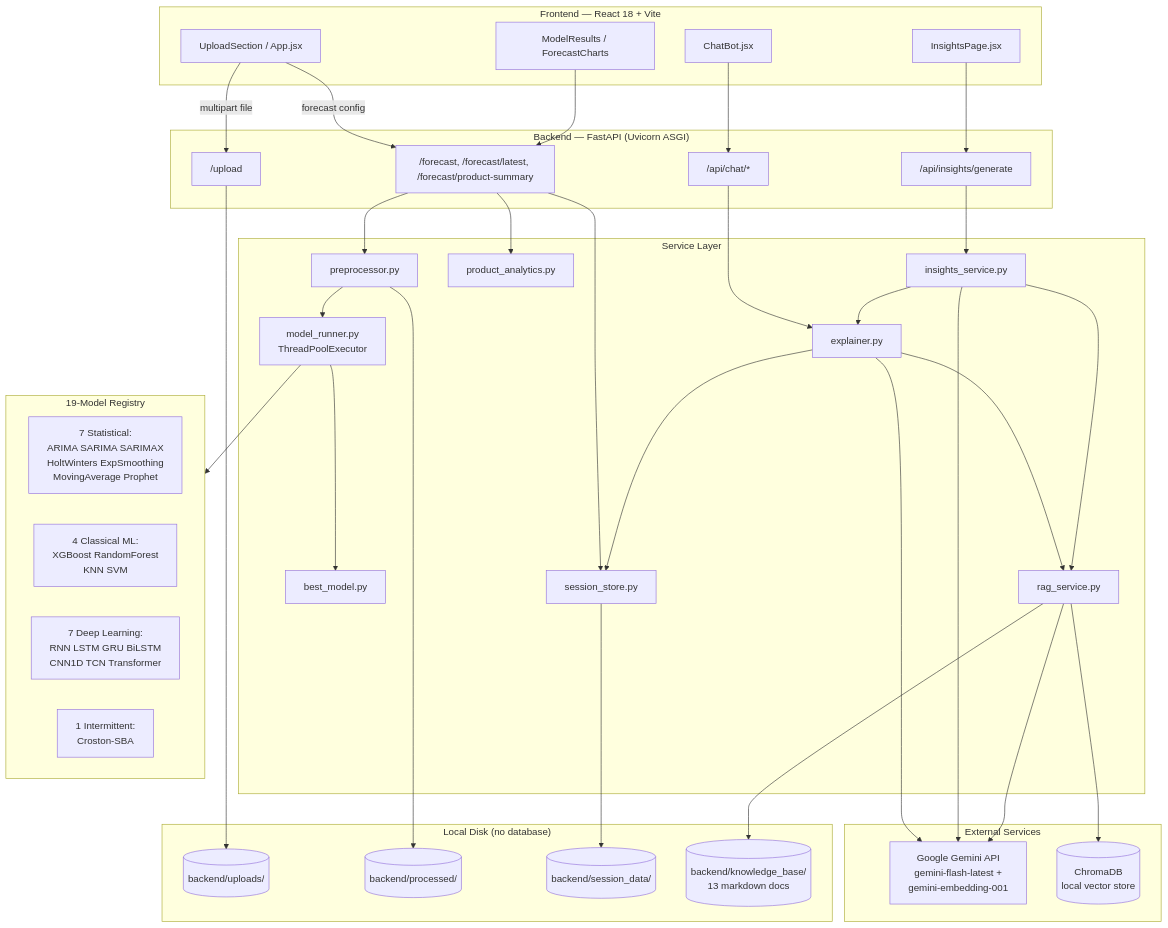
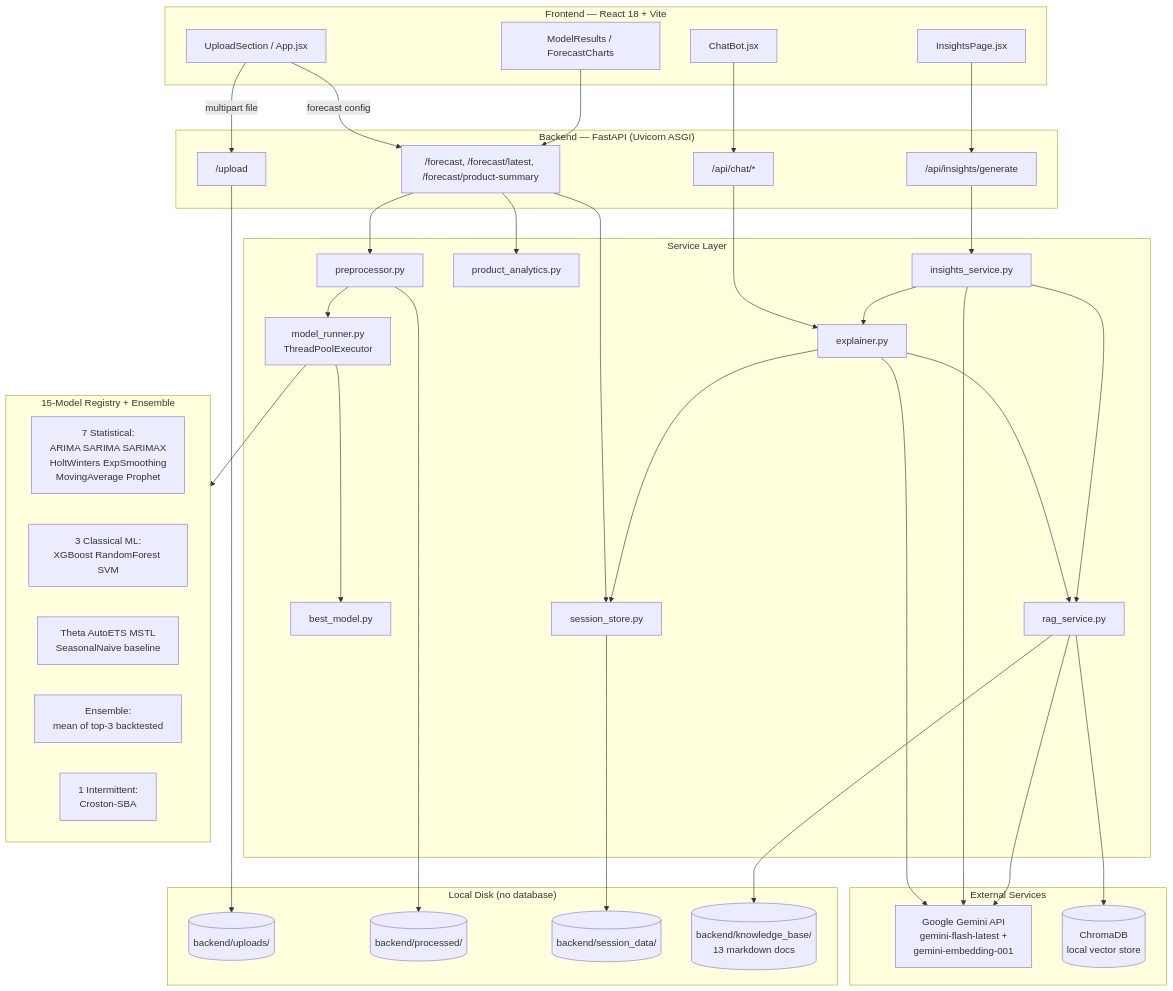
One commit to Ranjith-2005289/DemandSenceAi changed the first of 2 diagrams in README.md. Above: the diagram before and after it, drawn with Mermaid. The commit also changed other lines of this file and 41 other files, not shown here.

First line of the commit message:
v0.2: prune weak models, add Theta/AutoETS/MSTL/SeasonalNaive + ensemble, redesign frontend

````diff
--- a/README.md
+++ b/README.md
@@ -67,69 +95,70 @@
 ```mermaid
 flowchart TB
     subgraph Client["Frontend — React 18 + Vite"]
         UI[UploadSection / App.jsx]
         Results[ModelResults / ForecastCharts]
         Chat[ChatBot.jsx]
         Insights[InsightsPage.jsx]
     end
 
     subgraph API["Backend — FastAPI (Uvicorn ASGI)"]
         Upload["/upload"]
         Forecast["/forecast, /forecast/latest, /forecast/product-summary"]
         ChatAPI["/api/chat/*"]
         InsightsAPI["/api/insights/generate"]
     end
 
     subgraph Services["Service Layer"]
         Pre[preprocessor.py]
         Runner[model_runner.py<br/>ThreadPoolExecutor]
         Best[best_model.py]
         PA[product_analytics.py]
         Explainer[explainer.py]
         InsightsSvc[insights_service.py]
         RAG[rag_service.py]
         SessionStore[session_store.py]
     end
 
-    subgraph Models["19-Model Registry"]
+    subgraph Models["15-Model Registry + Ensemble"]
         Stat[7 Statistical:<br/>ARIMA SARIMA SARIMAX<br/>HoltWinters ExpSmoothing<br/>MovingAverage Prophet]
-        ML[4 Classical ML:<br/>XGBoost RandomForest<br/>KNN SVM]
-        DL[7 Deep Learning:<br/>RNN LSTM GRU BiLSTM<br/>CNN1D TCN Transformer]
+        ML[3 Classical ML:<br/>XGBoost RandomForest SVM]
+        New[Theta AutoETS MSTL<br/>SeasonalNaive baseline]
+        Ens[Ensemble:<br/>mean of top-3 backtested]
         Interm[1 Intermittent:<br/>Croston-SBA]
     end
 
     subgraph External["External Services"]
         Gemini[Google Gemini API<br/>gemini-flash-latest +<br/>gemini-embedding-001]
         Chroma[(ChromaDB<br/>local vector store)]
     end
 
     subgraph Storage["Local Disk (no database)"]
         Uploads[(backend/uploads/)]
         Processed[(backend/processed/)]
         SessionData[(backend/session_data/)]
         KB[(backend/knowledge_base/<br/>13 markdown docs)]
     end
 
     UI -->|multipart file| Upload
     UI -->|forecast config| Forecast
     Results --> Forecast
     Chat --> ChatAPI
     Insights --> InsightsAPI
 
     Upload --> Uploads
     Forecast --> Pre --> Processed
     Pre --> Runner --> Models
     Runner --> Best
     Forecast --> PA
     Forecast --> SessionStore --> SessionData
 
     ChatAPI --> Explainer --> RAG
     InsightsAPI --> InsightsSvc --> RAG
     InsightsSvc --> Explainer
     Explainer --> SessionStore
     RAG --> Chroma
     RAG --> KB
     Explainer --> Gemini
     InsightsSvc --> Gemini
     RAG --> Gemini
 ```
````
